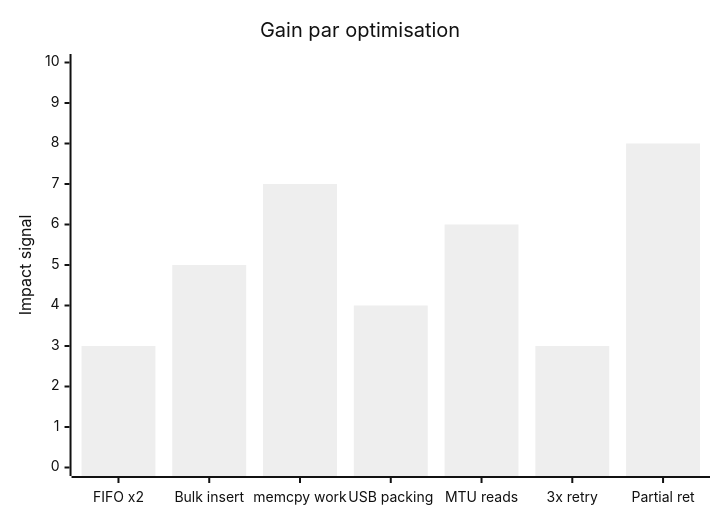
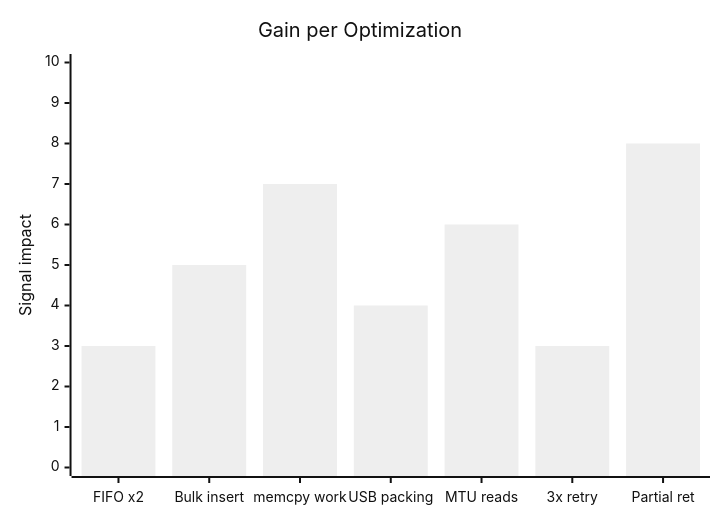
Before and after one commit to f4tnk/gr-osmosdr: diagram 14 of 15 in OPTIMIZATION-F4TNK.md, drawn with Mermaid (neutral theme). The commit also changed other lines of this file, not shown here.

Commit message:
docs: translate OPTIMIZATION-F4TNK.md from French to English

````diff
--- a/OPTIMIZATION-F4TNK.md
+++ b/OPTIMIZATION-F4TNK.md
@@ -370,7 +370,7 @@
 ```mermaid
 xychart-beta
-    title "Gain par optimisation"
+    title "Gain per Optimization"
     x-axis ["FIFO x2", "Bulk insert", "memcpy work", "USB packing", "MTU reads", "3x retry", "Partial ret"]
-    y-axis "Impact signal" 0 --> 10
+    y-axis "Signal impact" 0 --> 10
     bar [3, 5, 7, 4, 6, 3, 8]
 ```
````
